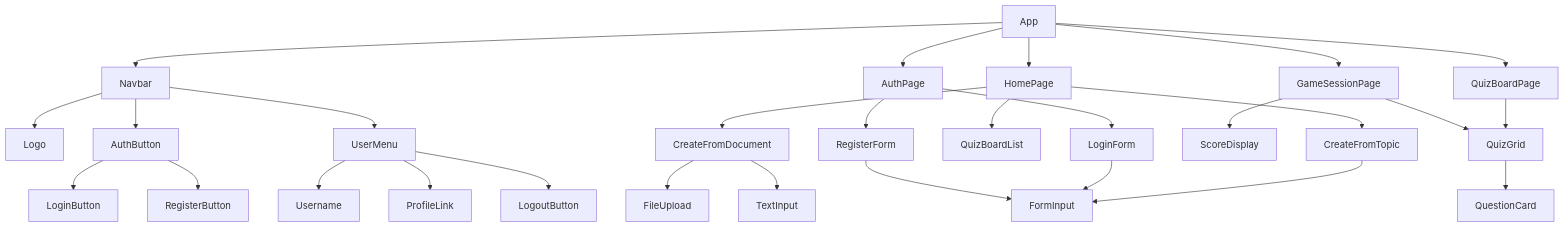
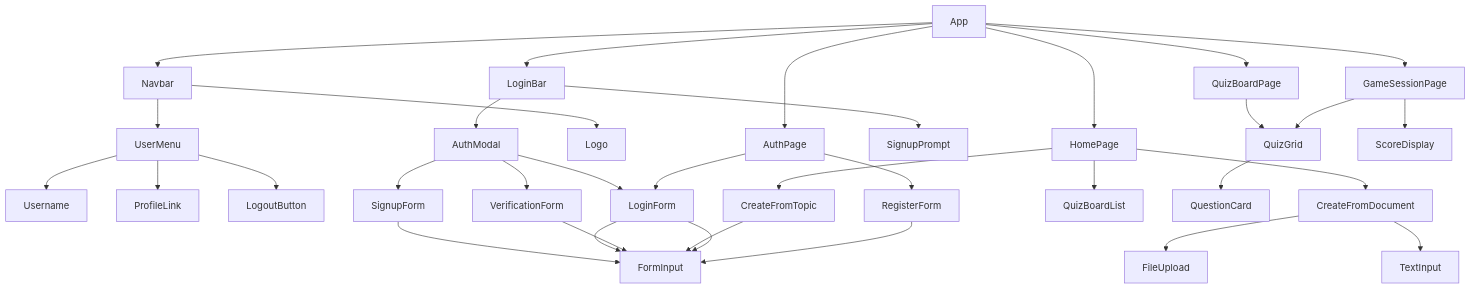
One commit to mental1337/jeopardyze changed the third of 4 diagrams in docs/project_design_doc.md. Above: the diagram before and after it, drawn with Mermaid. The commit also changed other lines of this file and 1 other file, not shown here.

````diff
--- a/docs/project_design_doc.md
+++ b/docs/project_design_doc.md
@@ -209,38 +292,46 @@
 ```mermaid
 graph TD
     App --> Navbar
+    App --> LoginBar
     App --> HomePage
     App --> QuizBoardPage
     App --> GameSessionPage
     App --> AuthPage
     
     Navbar --> Logo
-    Navbar --> AuthButton
     Navbar --> UserMenu
     
-    AuthButton --> LoginButton
-    AuthButton --> RegisterButton
+    LoginBar --> SignupPrompt
+    LoginBar --> AuthModal
     
     UserMenu --> Username
     UserMenu --> ProfileLink
     UserMenu --> LogoutButton
+    
+    AuthModal --> SignupForm
+    AuthModal --> LoginForm
+    AuthModal --> VerificationForm
+    
+    SignupForm --> FormInput
+    LoginForm --> FormInput
+    VerificationForm --> FormInput
     
     HomePage --> CreateFromTopic
     HomePage --> CreateFromDocument
     HomePage --> QuizBoardList
     
     CreateFromTopic --> FormInput
     CreateFromDocument --> FileUpload
     CreateFromDocument --> TextInput
     
     QuizBoardPage --> QuizGrid
     QuizGrid --> QuestionCard
     
     GameSessionPage --> ScoreDisplay
     GameSessionPage --> QuizGrid
     
     AuthPage --> LoginForm
     AuthPage --> RegisterForm
     LoginForm --> FormInput
     RegisterForm --> FormInput
 ```
````
